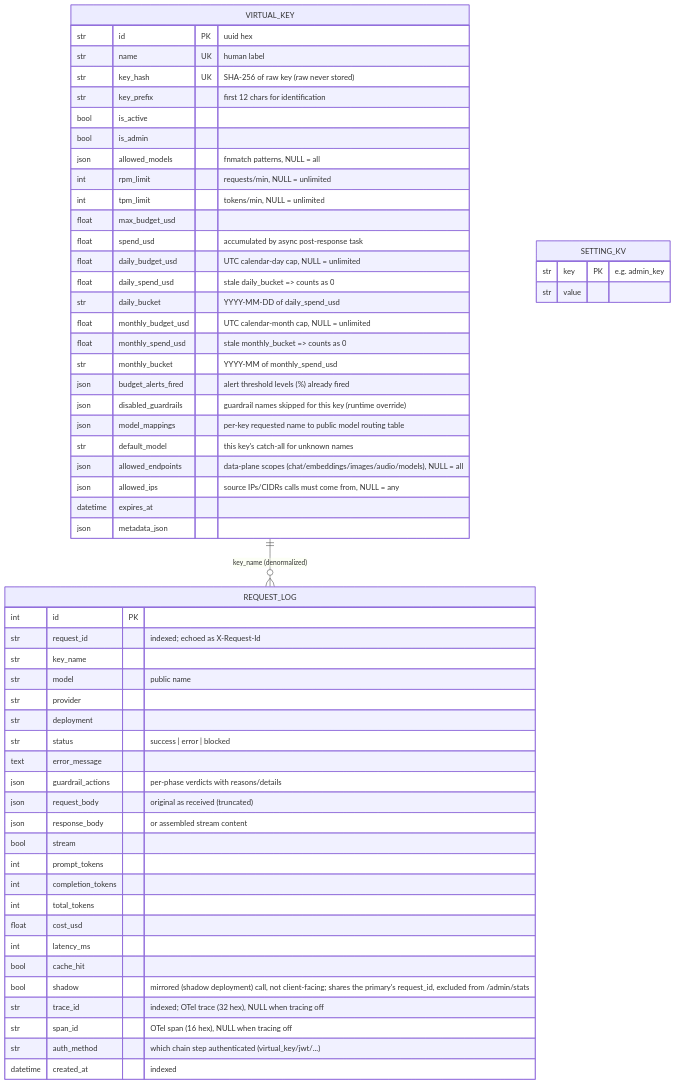
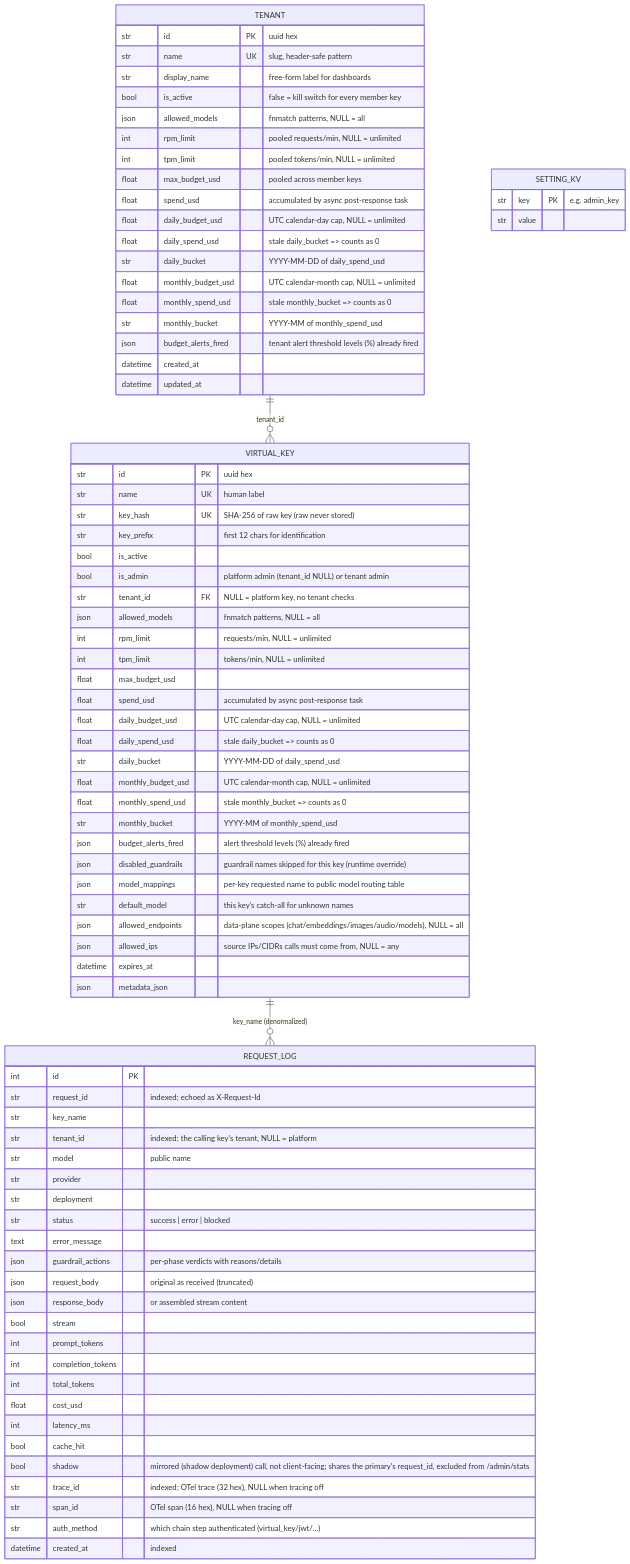
Before and after one commit to hinadome/llm_gateway: the eighth of 9 diagrams in ARCHITECTURE.md, drawn with Mermaid. The commit also changed other lines of this file and 19 other files, not shown here.

````diff
--- a/ARCHITECTURE.md
+++ b/ARCHITECTURE.md
@@ -785,13 +836,35 @@
 ```mermaid
 erDiagram
+    TENANT ||--o{ VIRTUAL_KEY : "tenant_id"
     VIRTUAL_KEY ||--o{ REQUEST_LOG : "key_name (denormalized)"
+    TENANT {
+        str id PK "uuid hex"
+        str name UK "slug, header-safe pattern"
+        str display_name "free-form label for dashboards"
+        bool is_active "false = kill switch for every member key"
+        json allowed_models "fnmatch patterns, NULL = all"
+        int rpm_limit "pooled requests/min, NULL = unlimited"
+        int tpm_limit "pooled tokens/min, NULL = unlimited"
+        float max_budget_usd "pooled across member keys"
+        float spend_usd "accumulated by async post-response task"
+        float daily_budget_usd "UTC calendar-day cap, NULL = unlimited"
+        float daily_spend_usd "stale daily_bucket => counts as 0"
+        str daily_bucket "YYYY-MM-DD of daily_spend_usd"
+        float monthly_budget_usd "UTC calendar-month cap, NULL = unlimited"
+        float monthly_spend_usd "stale monthly_bucket => counts as 0"
+        str monthly_bucket "YYYY-MM of monthly_spend_usd"
+        json budget_alerts_fired "tenant alert threshold levels (%) already fired"
+        datetime created_at
+        datetime updated_at
+    }
     VIRTUAL_KEY {
         str id PK "uuid hex"
         str name UK "human label"
         str key_hash UK "SHA-256 of raw key (raw never stored)"
         str key_prefix "first 12 chars for identification"
         bool is_active
-        bool is_admin
+        bool is_admin "platform admin (tenant_id NULL) or tenant admin"
+        str tenant_id FK "NULL = platform key, no tenant checks"
         json allowed_models "fnmatch patterns, NULL = all"
         int rpm_limit "requests/min, NULL = unlimited"
         int tpm_limit "tokens/min, NULL = unlimited"
@@ -816,6 +889,7 @@
         int id PK
         str request_id "indexed; echoed as X-Request-Id"
         str key_name
+        str tenant_id "indexed; the calling key's tenant, NULL = platform"
         str model "public name"
         str provider
         str deployment
````
